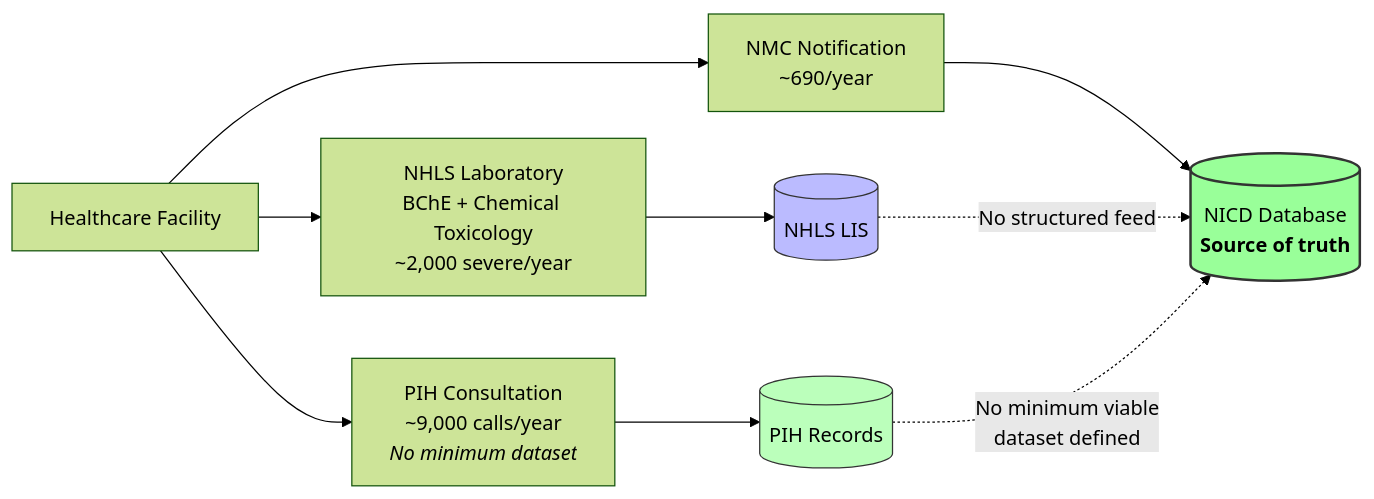
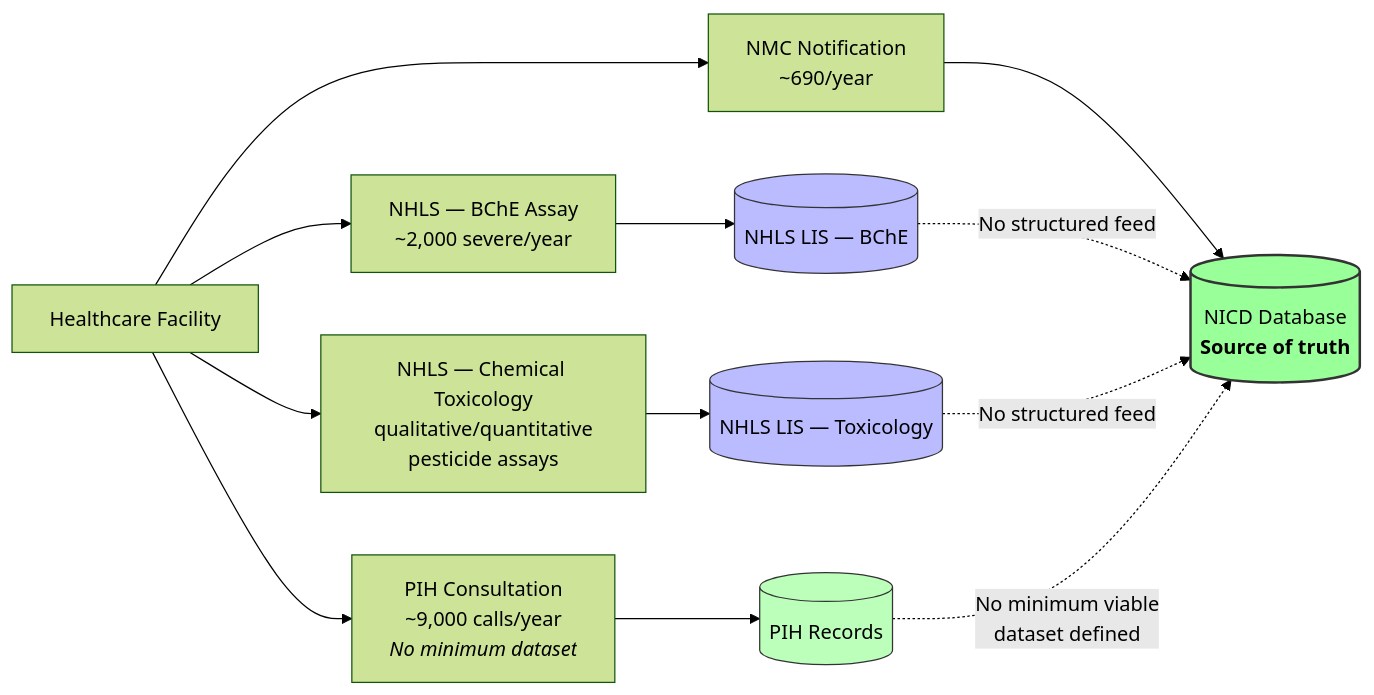
The first of 2 diagrams in posts/surveillance_concept_note.qmd (bridaybrummer/D2P_project), drawn with Mermaid (forest theme) before and after one commit.

Commit message:
Split NHLS feed into separate BChE and Chemical Toxicology streams

````diff
--- a/posts/surveillance_concept_note.qmd
+++ b/posts/surveillance_concept_note.qmd
@@ -49,19 +49,23 @@
 ```{mermaid}
 %%| label: fig-current-system
 %%| fig-cap: "Current (fragmented) surveillance architecture. NICD is the de facto source-of-truth for case notifications, but the laboratory (BChE + chemical toxicology) and PIH streams do not flow into it in a structured way."
 flowchart LR
     A[Healthcare Facility] --> B[NMC Notification<br/>~690/year]
-    A --> C[NHLS Laboratory<br/>BChE + Chemical Toxicology<br/>~2,000 severe/year]
+    A --> C1[NHLS — BChE Assay<br/>~2,000 severe/year]
+    A --> C2[NHLS — Chemical Toxicology<br/>qualitative/quantitative<br/>pesticide assays]
     A --> D[PIH Consultation<br/>~9,000 calls/year<br/><i>No minimum dataset</i>]
 
     B --> E[("NICD Database<br/><b>Source of truth</b>")]
-    C --> F[(NHLS LIS)]
+    C1 --> F1[(NHLS LIS — BChE)]
+    C2 --> F2[(NHLS LIS — Toxicology)]
     D --> G[(PIH Records)]
 
-    F -.No structured feed.-> E
+    F1 -.No structured feed.-> E
+    F2 -.No structured feed.-> E
     G -.No minimum viable<br/>dataset defined.-> E
 
     style E fill:#9f9,stroke:#333,stroke-width:2px
-    style F fill:#bbf,stroke:#333
+    style F1 fill:#bbf,stroke:#333
+    style F2 fill:#bbf,stroke:#333
     style G fill:#bfb,stroke:#333
 ```
````
